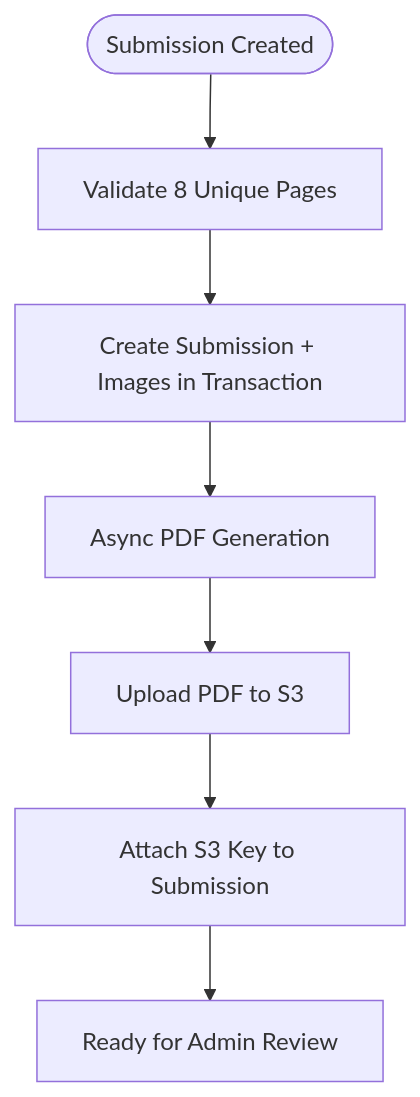
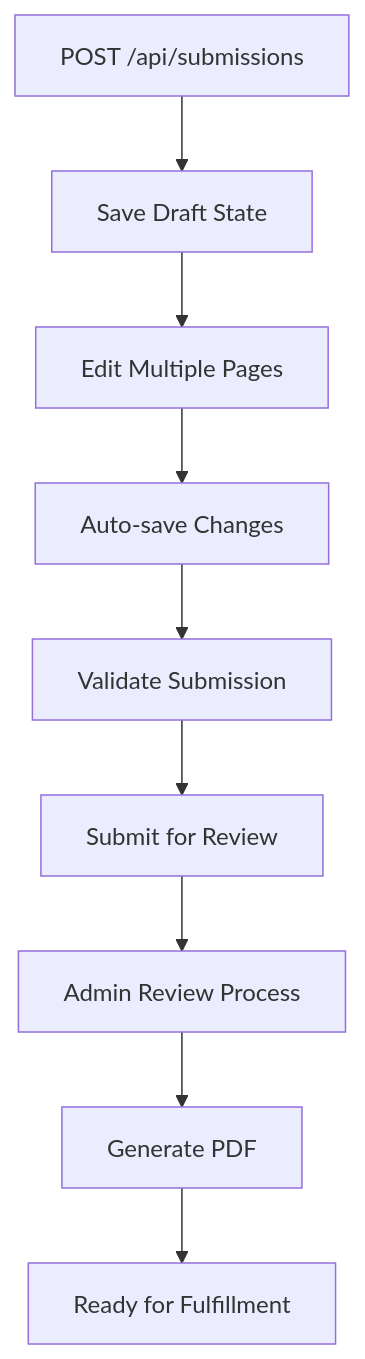
The seventh of 9 diagrams in .qoder/repowiki/en/content/Project Overview.md (Crowdspender/titchybooks-app), drawn with Mermaid before and after one commit. The commit also changed other lines of this file and 62 other files, not shown here.

````diff
--- a/.qoder/repowiki/en/content/Project Overview.md
+++ b/.qoder/repowiki/en/content/Project Overview.md
@@ -240,9 +405,11 @@
 ```mermaid
 flowchart TD
-Start(["Submission Created"]) --> Validate["Validate 8 Unique Pages"]
-Validate --> CreateTx["Create Submission + Images in Transaction"]
-CreateTx --> GenPDF["Async PDF Generation"]
-GenPDF --> StorePDF["Upload PDF to S3"]
-StorePDF --> LinkPDF["Attach S3 Key to Submission"]
-LinkPDF --> Notify["Ready for Admin Review"]
+CreateDraft["POST /api/submissions"] --> SaveDraft["Save Draft State"]
+SaveDraft --> EditPages["Edit Multiple Pages"]
+EditPages --> AutoSave["Auto-save Changes"]
+AutoSave --> ValidateSubmission["Validate Submission"]
+ValidateSubmission --> SubmitForReview["Submit for Review"]
+SubmitForReview --> AdminReview["Admin Review Process"]
+AdminReview --> GeneratePDF["Generate PDF"]
+GeneratePDF --> ReadyForFulfillment["Ready for Fulfillment"]
 ```
````
